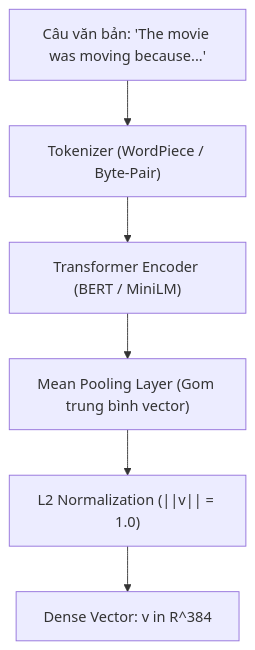
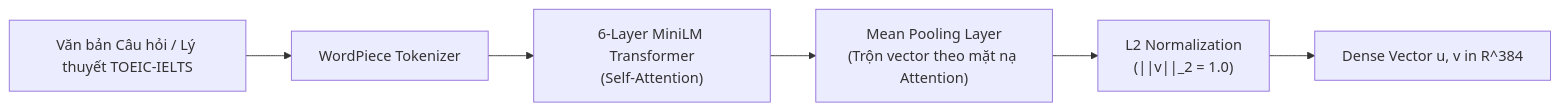
One commit to CelesEclipse/NLP501_edusync_mvp changed the diagram in docs/05_solution_dense_embeddings_guide.md. Above: the diagram before and after it, drawn with Mermaid. The commit also changed other lines of this file and 20 other files, not shown here.

Commit message:
docs: unify TOEIC/IELTS focus, add research citations & technical NLP defense guide

````diff
--- a/docs/05_solution_dense_embeddings_guide.md
+++ b/docs/05_solution_dense_embeddings_guide.md
@@ -25,8 +33,8 @@
 ```mermaid
-flowchart TD
-    Sentence["Câu văn bản: 'The movie was moving because...'"] --> Tokenizer["Tokenizer (WordPiece / Byte-Pair)"]
-    Tokenizer --> Transformer["Transformer Encoder (BERT / MiniLM)"]
-    Transformer --> MeanPooling["Mean Pooling Layer (Gom trung bình vector)"]
-    MeanPooling --> L2Norm["L2 Normalization (||v|| = 1.0)"]
-    L2Norm --> Vector["Dense Vector: v in R^384"]
+flowchart LR
+    Sentence["Văn bản Câu hỏi / Lý thuyết TOEIC-IELTS"] --> Tokenizer["WordPiece Tokenizer"]
+    Tokenizer --> Transformer["6-Layer MiniLM Transformer<br>(Self-Attention)"]
+    Transformer --> MeanPooling["Mean Pooling Layer<br>(Trộn vector theo mặt nạ Attention)"]
+    MeanPooling --> L2Norm["L2 Normalization<br>(||v||_2 = 1.0)"]
+    L2Norm --> Vector["Dense Vector u, v in R^384"]
 ```
````
